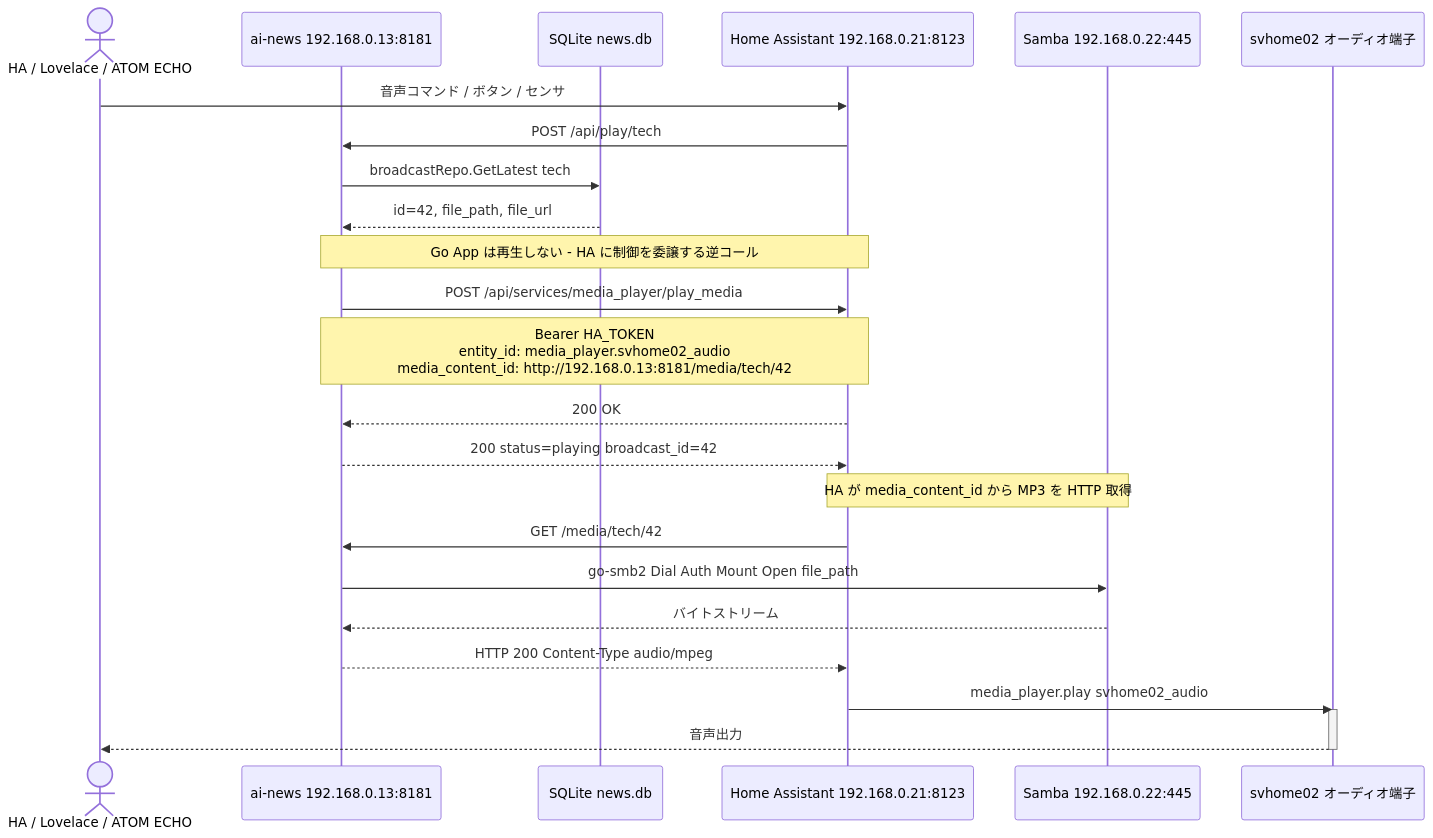
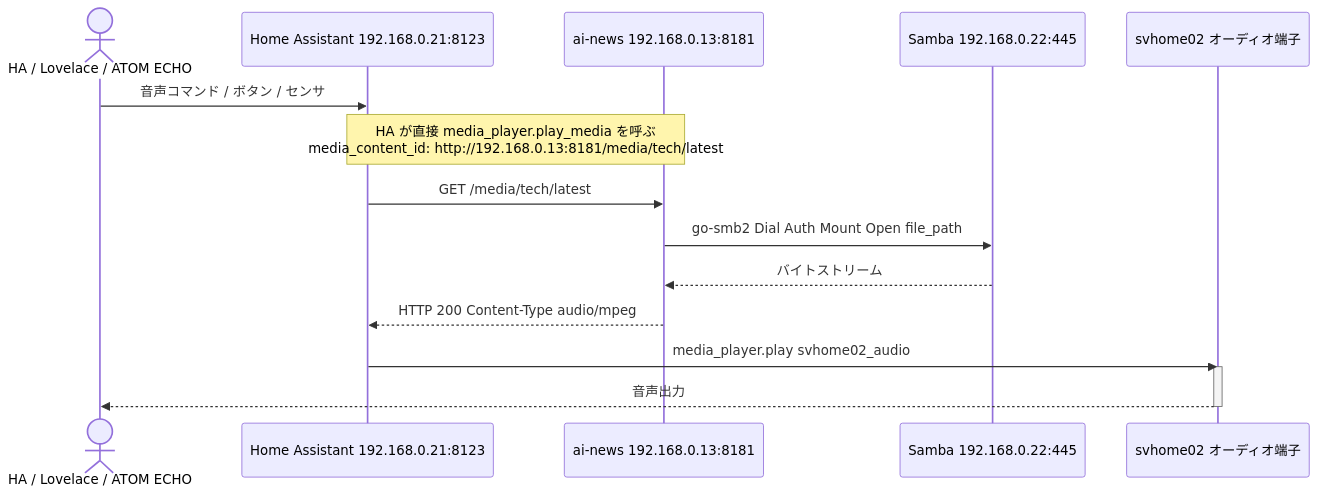
Diagram 11 of 13 in PLAN.md (svhome01/ai-news), drawn with Mermaid before and after one commit. The commit also changed other lines of this file, not shown here.

Commit message:
Refactor audio playback flow in PLAN.md to clarify Home Assistant integration and remove unnecessary API calls

````diff
--- a/PLAN.md
+++ b/PLAN.md
@@ -1075,35 +1072,22 @@
 ```mermaid
 sequenceDiagram
     actor Trigger as HA / Lovelace / ATOM ECHO
+    participant HA as Home Assistant 192.168.0.21:8123
     participant GoApp as ai-news 192.168.0.13:8181
-    participant DB as SQLite news.db
-    participant HA as Home Assistant 192.168.0.21:8123
     participant SMB as Samba 192.168.0.22:445
     participant SPK as svhome02 オーディオ端子
 
     Trigger->>HA: 音声コマンド / ボタン / センサ
-    HA->>GoApp: POST /api/play/tech
 
-    GoApp->>DB: broadcastRepo.GetLatest tech
-    DB-->>GoApp: id=42, file_path, file_url
+    Note over HA,GoApp: HA が直接 media_player.play_media を呼ぶ<br/>media_content_id: http://192.168.0.13:8181/media/tech/latest
 
-    Note over GoApp,HA: Go App は再生しない - HA に制御を委譲する逆コール
-
-    GoApp->>HA: POST /api/services/media_player/play_media
-    Note over GoApp,HA: Bearer HA_TOKEN<br/>entity_id: media_player.svhome02_audio<br/>media_content_id: http://192.168.0.13:8181/media/tech/42
-
-    HA-->>GoApp: 200 OK
-    GoApp-->>HA: 200 status=playing broadcast_id=42
-
-    Note over HA,SMB: HA が media_content_id から MP3 を HTTP 取得
-
-    HA->>GoApp: GET /media/tech/42
+    HA->>GoApp: GET /media/tech/latest
     GoApp->>SMB: go-smb2 Dial Auth Mount Open file_path
     SMB-->>GoApp: バイトストリーム
     GoApp-->>HA: HTTP 200 Content-Type audio/mpeg
 
     HA->>SPK: media_player.play svhome02_audio
     activate SPK
     SPK-->>Trigger: 音声出力
     deactivate SPK
 ```
````
